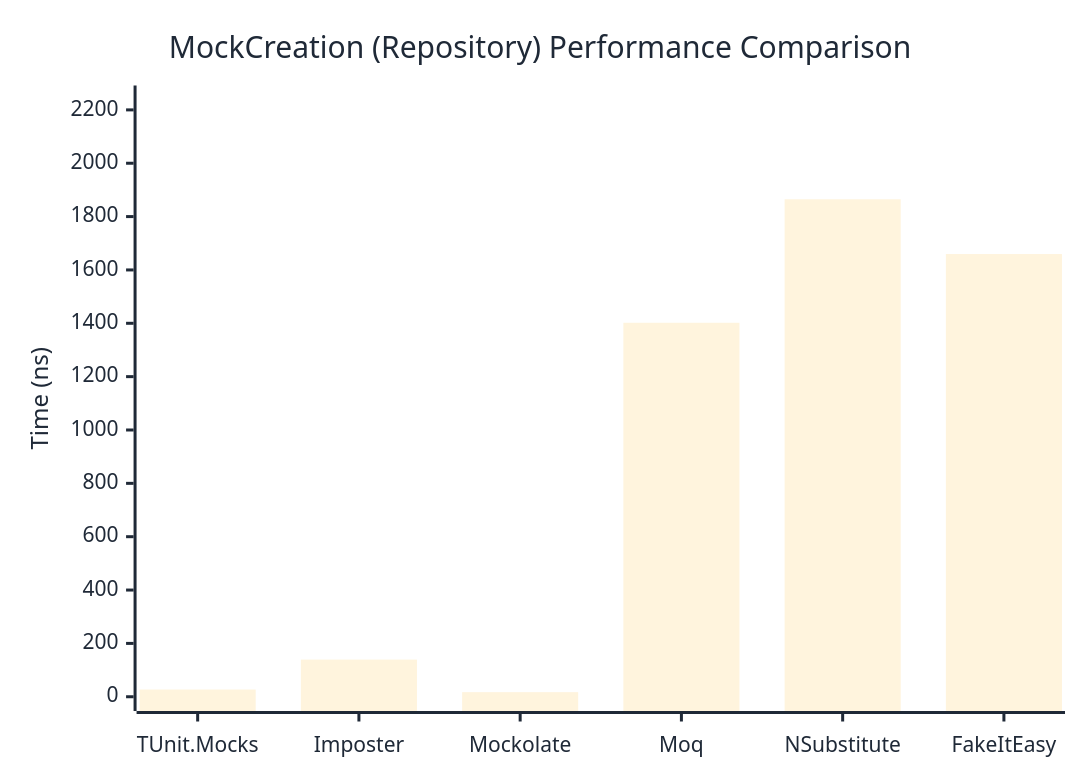
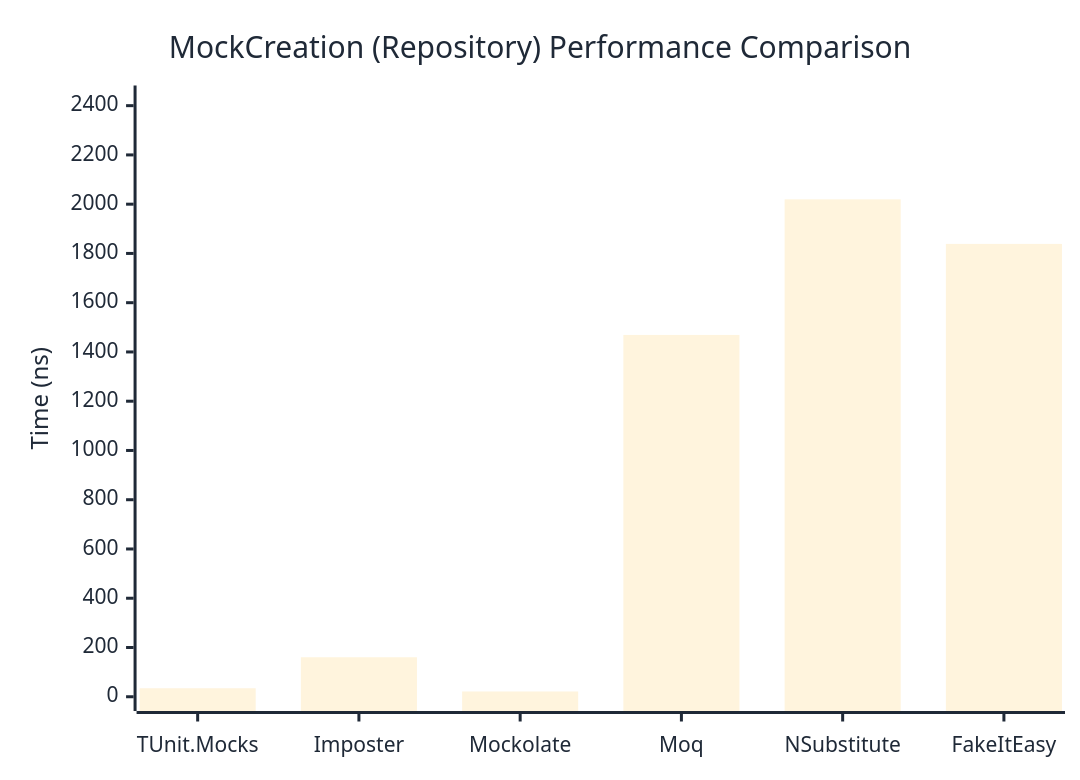
One commit to thomhurst/TUnit changed the second of 2 diagrams in docs/docs/benchmarks/mocks/MockCreation.md. Above: the diagram before and after it, drawn with Mermaid. The commit also changed other lines of this file and 14 other files, not shown here.

````diff
--- a/docs/docs/benchmarks/mocks/MockCreation.md
+++ b/docs/docs/benchmarks/mocks/MockCreation.md
@@ -71,27 +71,27 @@
 ```mermaid
 %%{init: {
   'theme':'base',
   'themeVariables': {
     'primaryColor': '#2563eb',
     'primaryTextColor': '#1f2937',
     'primaryBorderColor': '#1e40af',
     'lineColor': '#6b7280',
     'secondaryColor': '#7c3aed',
     'tertiaryColor': '#dc2626',
     'background': '#ffffff',
     'pie1': '#2563eb',
     'pie2': '#7c3aed',
     'pie3': '#dc2626',
     'pie4': '#f59e0b',
     'pie5': '#10b981',
     'pie6': '#06b6d4',
     'pie7': '#ec4899',
     'pie8': '#6366f1'
   }
 }}%%
 xychart-beta
   title "MockCreation (Repository) Performance Comparison"
   x-axis ["TUnit.Mocks", "Imposter", "Mockolate", "Moq", "NSubstitute", "FakeItEasy"]
-  y-axis "Time (ns)" 0 --> 2238
-  bar [27.09, 139.28, 17.17, 1401.97, 1864.93, 1659.61]
+  y-axis "Time (ns)" 0 --> 2424
+  bar [34.54, 160.36, 21.42, 1469.06, 2019.63, 1838.63]
 ```
````
